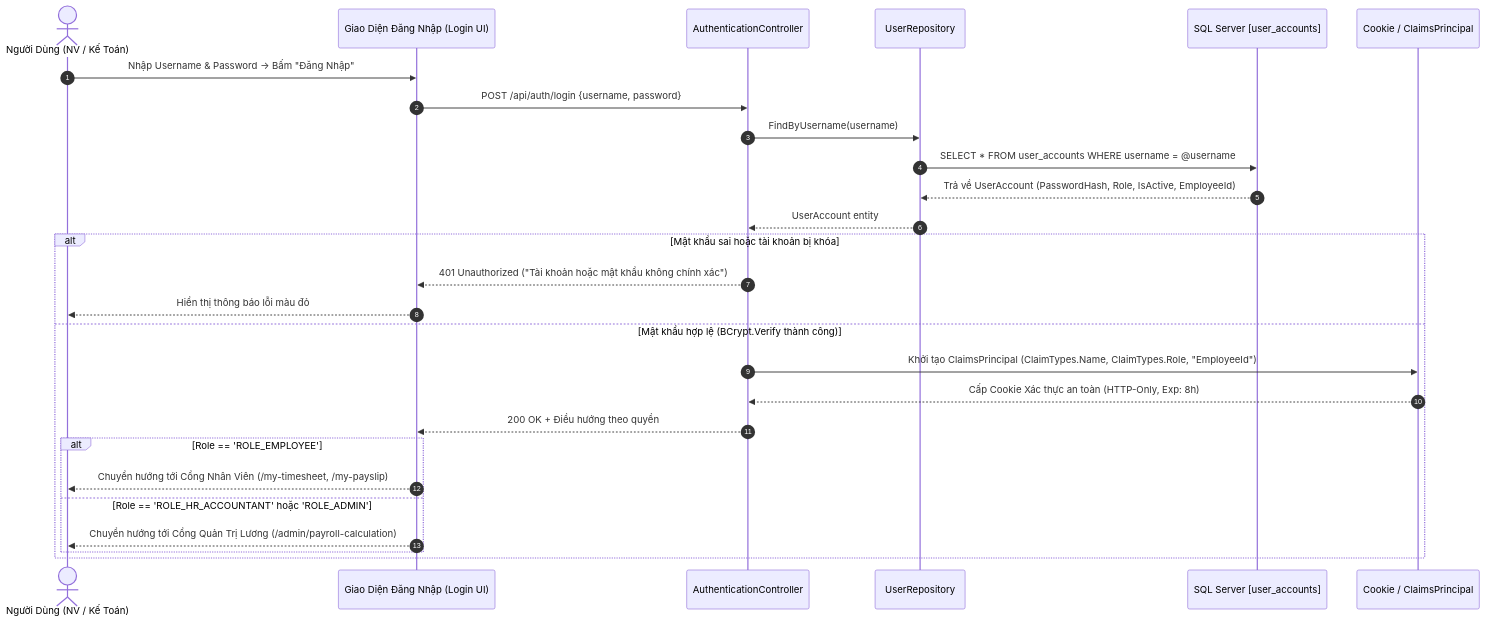
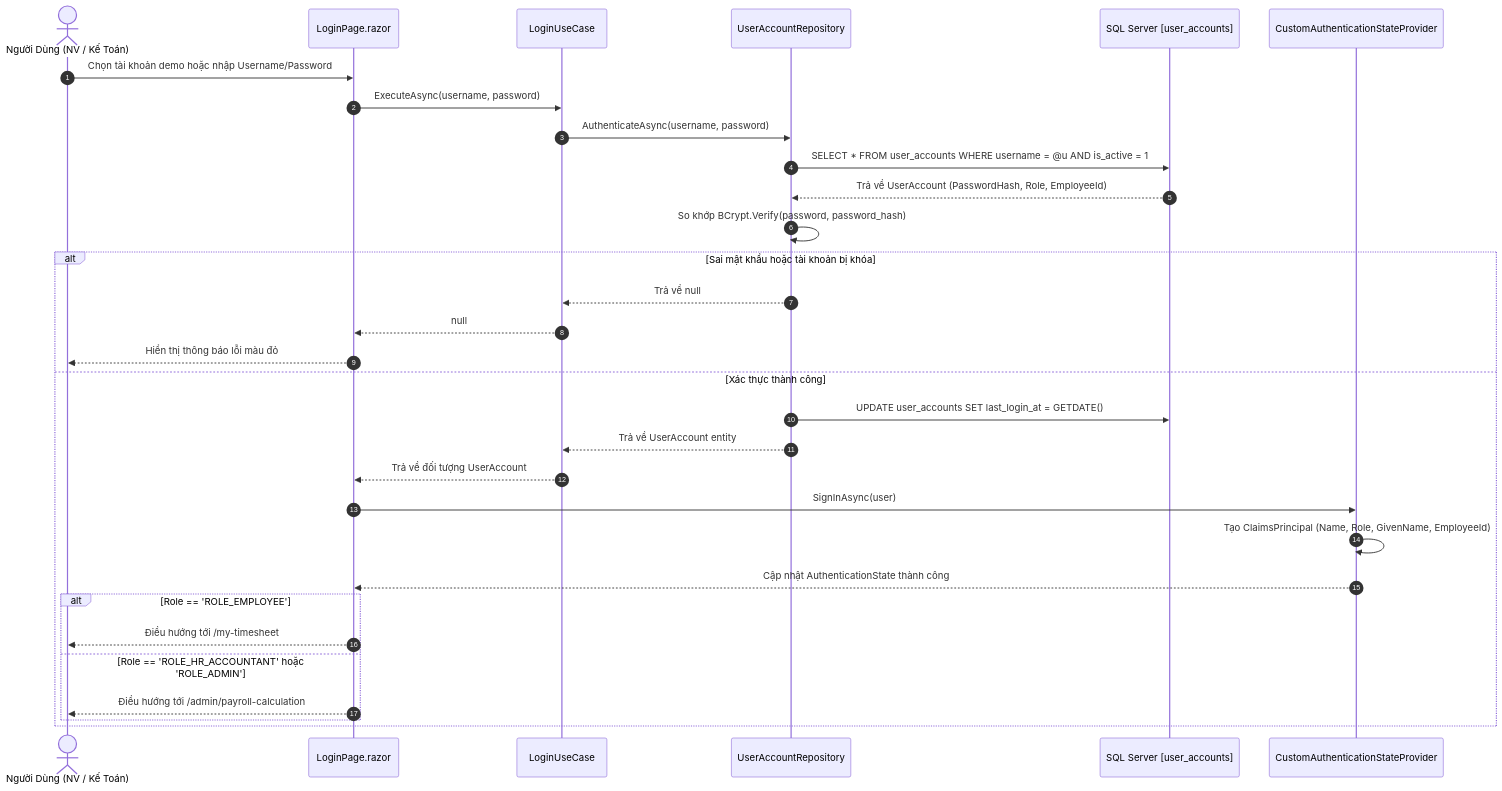
The seventh of 13 diagrams in README.md (ManhCuong-Code/TimesheetPayroll), drawn with Mermaid before and after one commit. The commit also changed other lines of this file and 21 other files, not shown here.

Commit message:
feat: Hoan thien xac thuc dang nhap thuc te tu SQL Server, phan quyen Blazor RBAC va cap nhat README day du 13 so do UML

````diff
--- a/README.md
+++ b/README.md
@@ -475,31 +309,36 @@
 ```mermaid
 sequenceDiagram
     autonumber
     actor User as Người Dùng (NV / Kế Toán)
-    participant UI as Giao Diện Đăng Nhập (Login UI)
-    participant AuthCtrl as AuthenticationController
-    participant UserRepo as UserRepository
+    participant UI as LoginPage.razor
+    participant LoginUC as LoginUseCase
+    participant UserRepo as UserAccountRepository
     participant DB as SQL Server [user_accounts]
-    participant Session as Cookie / ClaimsPrincipal
+    participant AuthProvider as CustomAuthenticationStateProvider
 
-    User->>UI: Nhập Username & Password -> Bấm "Đăng Nhập"
-    UI->>AuthCtrl: POST /api/auth/login {username, password}
-    AuthCtrl->>UserRepo: FindByUsername(username)
-    UserRepo->>DB: SELECT * FROM user_accounts WHERE username = @username
-    DB-->>UserRepo: Trả về UserAccount (PasswordHash, Role, IsActive, EmployeeId)
-    UserRepo-->>AuthCtrl: UserAccount entity
-
-    alt Mật khẩu sai hoặc tài khoản bị khóa
-        AuthCtrl-->>UI: 401 Unauthorized ("Tài khoản hoặc mật khẩu không chính xác")
+    User->>UI: Chọn tài khoản demo hoặc nhập Username/Password
+    UI->>LoginUC: ExecuteAsync(username, password)
+    LoginUC->>UserRepo: AuthenticateAsync(username, password)
+    UserRepo->>DB: SELECT * FROM user_accounts WHERE username = @u AND is_active = 1
+    DB-->>UserRepo: Trả về UserAccount (PasswordHash, Role, EmployeeId)
+    
+    UserRepo->>UserRepo: So khớp BCrypt.Verify(password, password_hash)
+    
+    alt Sai mật khẩu hoặc tài khoản bị khóa
+        UserRepo-->>LoginUC: Trả về null
+        LoginUC-->>UI: null
         UI-->>User: Hiển thị thông báo lỗi màu đỏ
-    else Mật khẩu hợp lệ (BCrypt.Verify thành công)
-        AuthCtrl->>Session: Khởi tạo ClaimsPrincipal (ClaimTypes.Name, ClaimTypes.Role, "EmployeeId")
-        Session-->>AuthCtrl: Cấp Cookie Xác thực an toàn (HTTP-Only, Exp: 8h)
-        AuthCtrl-->>UI: 200 OK + Điều hướng theo quyền
+    else Xác thực thành công
+        UserRepo->>DB: UPDATE user_accounts SET last_login_at = GETDATE()
+        UserRepo-->>LoginUC: Trả về UserAccount entity
+        LoginUC-->>UI: Trả về đối tượng UserAccount
+        UI->>AuthProvider: SignInAsync(user)
+        AuthProvider->>AuthProvider: Tạo ClaimsPrincipal (Name, Role, GivenName, EmployeeId)
+        AuthProvider-->>UI: Cập nhật AuthenticationState thành công
         alt Role == 'ROLE_EMPLOYEE'
-            UI-->>User: Chuyển hướng tới Cổng Nhân Viên (/my-timesheet, /my-payslip)
+            UI-->>User: Điều hướng tới /my-timesheet
         else Role == 'ROLE_HR_ACCOUNTANT' hoặc 'ROLE_ADMIN'
-            UI-->>User: Chuyển hướng tới Cổng Quản Trị Lương (/admin/payroll-calculation)
+            UI-->>User: Điều hướng tới /admin/payroll-calculation
         end
     end
 ```
````
